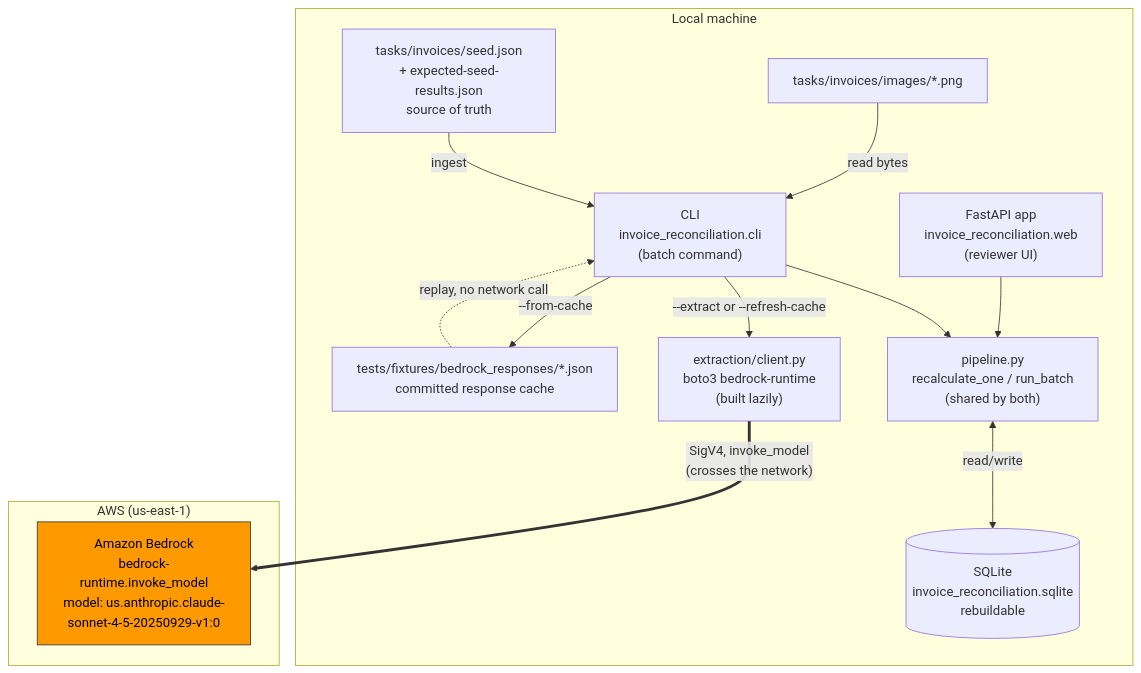
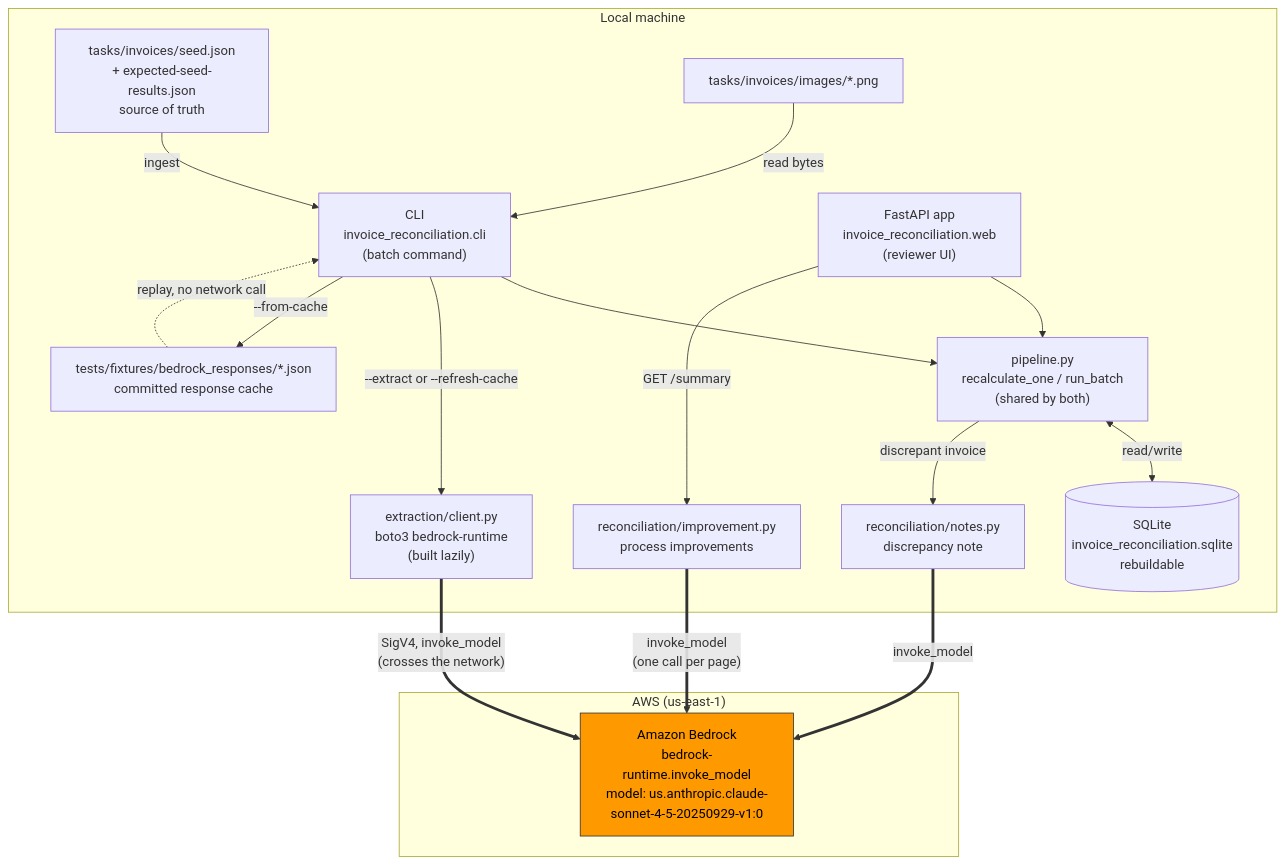
Before and after one commit to shterjovad/invoice-reconciliation: the first of 4 diagrams in docs/architecture.md, drawn with Mermaid. The commit also changed other lines of this file and 5 other files, not shown here.

First line of the commit message:
Bring the architecture, walkthrough, demo and LLM notes up to date

````diff
--- a/docs/architecture.md
+++ b/docs/architecture.md
@@ -24,30 +24,36 @@
 ```mermaid
 flowchart TB
     subgraph local["Local machine"]
         CLI["CLI\ninvoice_reconciliation.cli\n(batch command)"]
         WEB["FastAPI app\ninvoice_reconciliation.web\n(reviewer UI)"]
         PIPE["pipeline.py\nrecalculate_one / run_batch\n(shared by both)"]
         DB[("SQLite\ninvoice_reconciliation.sqlite\nrebuildable")]
         SEED["tasks/invoices/seed.json\n+ expected-seed-results.json\nsource of truth"]
         IMAGES["tasks/invoices/images/*.png"]
         CACHE["tests/fixtures/bedrock_responses/*.json\ncommitted response cache"]
         CLIENT["extraction/client.py\nboto3 bedrock-runtime\n(built lazily)"]
+        NOTES["reconciliation/notes.py\ndiscrepancy note"]
+        IMPROVE["reconciliation/improvement.py\nprocess improvements"]
     end
 
     subgraph aws["AWS (us-east-1)"]
         BEDROCK["Amazon Bedrock\nbedrock-runtime.invoke_model\nmodel: us.anthropic.claude-sonnet-4-5-20250929-v1:0"]
     end
 
     SEED -->|ingest| CLI
     IMAGES -->|read bytes| CLI
     CLI --> PIPE
     WEB --> PIPE
     PIPE <-->|read/write| DB
     CLI -->|"--extract or --refresh-cache"| CLIENT
     CLIENT ==>|"SigV4, invoke_model\n(crosses the network)"| BEDROCK
+    PIPE -->|"discrepant invoice"| NOTES
+    WEB -->|"GET /summary"| IMPROVE
+    NOTES ==>|"invoke_model"| BEDROCK
+    IMPROVE ==>|"invoke_model\n(one call per page)"| BEDROCK
     CLI -->|"--from-cache"| CACHE
     CACHE -.->|replay, no network call| CLI
 
     classDef aws fill:#f90,stroke:#333,color:#000;
     class BEDROCK aws
 ```
````
